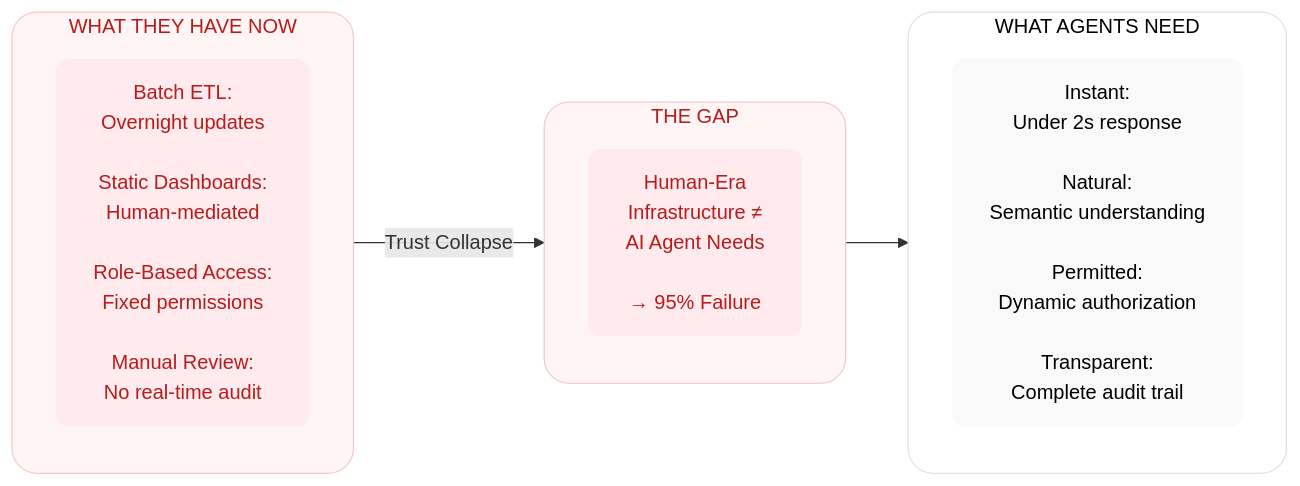
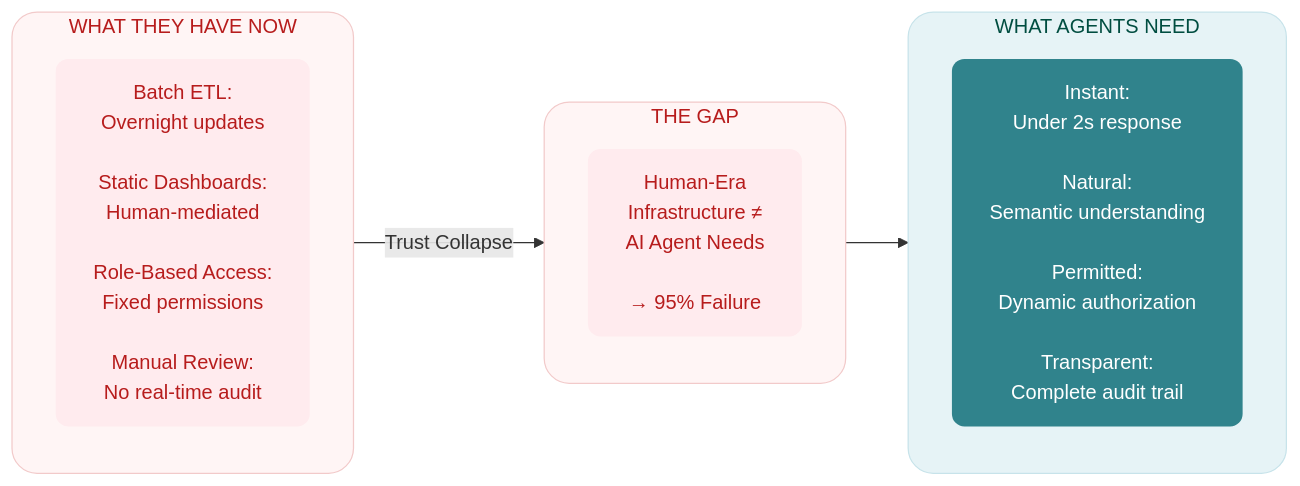
One commit to saitejesh-cyber/trust-before-intelligence-book changed the diagram in mermaid-source/figure-1-0.mmd. Above: the diagram before and after it, drawn with Mermaid. The commit also changed other lines of this file and 3 other files, not shown here.

Commit message:
Tune core Chapter 0/1 diagrams to approved PR#5 palette

```diff
--- a/mermaid-source/figure-1-0.mmd
+++ b/mermaid-source/figure-1-0.mmd
@@ -1,25 +1,25 @@
 
 graph LR
     subgraph BUILT["WHAT THEY HAVE NOW"]
         direction TB
         B1["Batch ETL:<br/>Overnight updates<br/><br/>Static Dashboards:<br/>Human-mediated<br/><br/>Role-Based Access:<br/>Fixed permissions<br/><br/>Manual Review:<br/>No real-time audit"]
     end
     
     subgraph GAP["THE GAP"]
         direction TB
         G1["Human-Era<br/>Infrastructure ≠<br/>AI Agent Needs<br/><br/>→ 95% Failure"]
     end
     
     subgraph NEED["WHAT AGENTS NEED"]
         direction TB
         N1["Instant:<br/>Under 2s response<br/><br/>Natural:<br/>Semantic understanding<br/><br/>Permitted:<br/>Dynamic authorization<br/><br/>Transparent:<br/>Complete audit trail"]
     end
     
     BUILT -->|"Trust Collapse"| GAP --> NEED
     
     style BUILT fill:#fff5f5,stroke:#f2caca,stroke-width:1px,color:#b71c1c,rx:20,ry:20
     style B1 fill:#ffebee,stroke:none,color:#b71c1c,rx:10,ry:10
     style GAP fill:#fff5f5,stroke:#f2caca,stroke-width:1px,color:#b71c1c,rx:20,ry:20
     style G1 fill:#ffebee,stroke:none,color:#b71c1c,rx:10,ry:10
-    style NEED fill:#ffffff,stroke:#e0e0e0,stroke-width:1px,color:#000000,rx:20,ry:20
-    style N1 fill:#f9f9f9,stroke:none,color:#000000,rx:10,ry:10
+    style NEED fill:#e6f3f6,stroke:#c7e3ea,stroke-width:1px,color:#004d40,rx:20,ry:20
+    style N1 fill:#30838C,stroke:none,color:#ffffff,rx:10,ry:10
```
